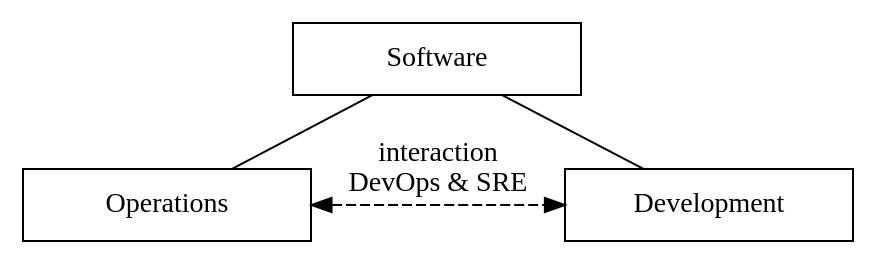
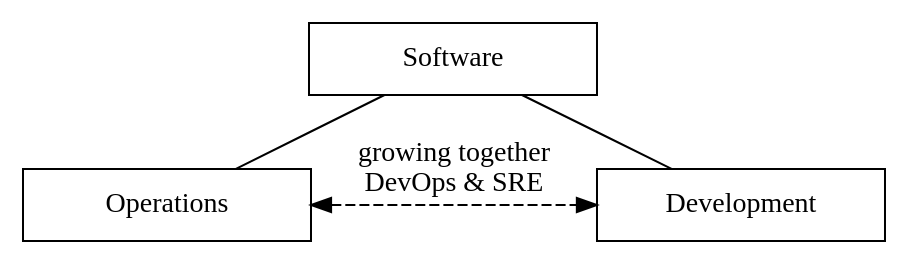
One commit to plone/plone_best_practices_discussion changed the diagram in docs/base_triangle.dot. Above: the diagram before and after it, drawn with Graphviz.

```diff
--- a/docs/base_triangle.dot
+++ b/docs/base_triangle.dot
@@ -1,16 +1,16 @@
 graph it {
 
     node[shape=rounded
          width=2
          height=0.5
         ];
 
     sw  [label="Software"];
     op  [label="Operations"];
     dev [label="Development"];
 
     rank = same; op; dev;
 
     sw -- {op, dev};
-    op -- dev [label="interaction\nDevOps & SRE" dir=both style=dashed];
+    op -- dev [label="growing together\nDevOps & SRE" dir=both style=dashed];
 }
```
